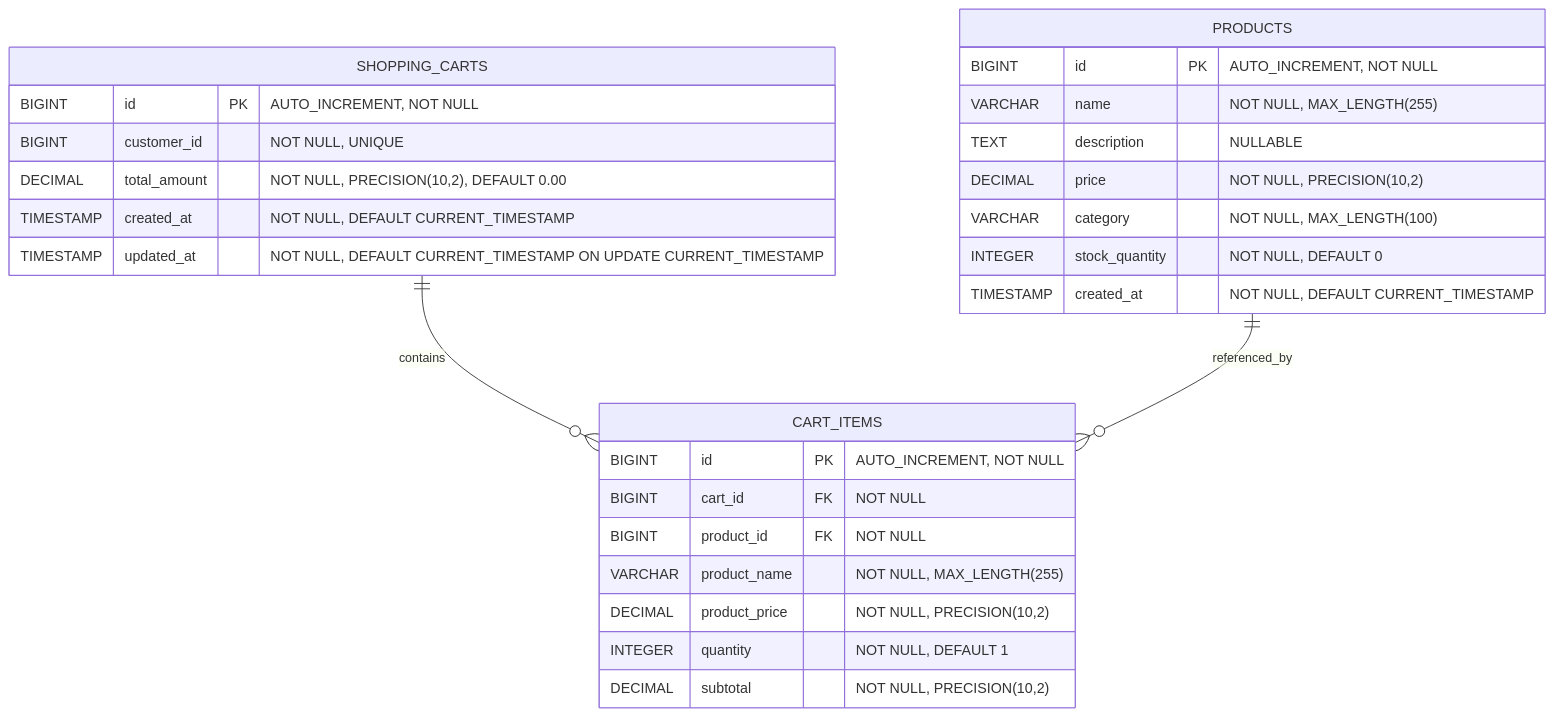
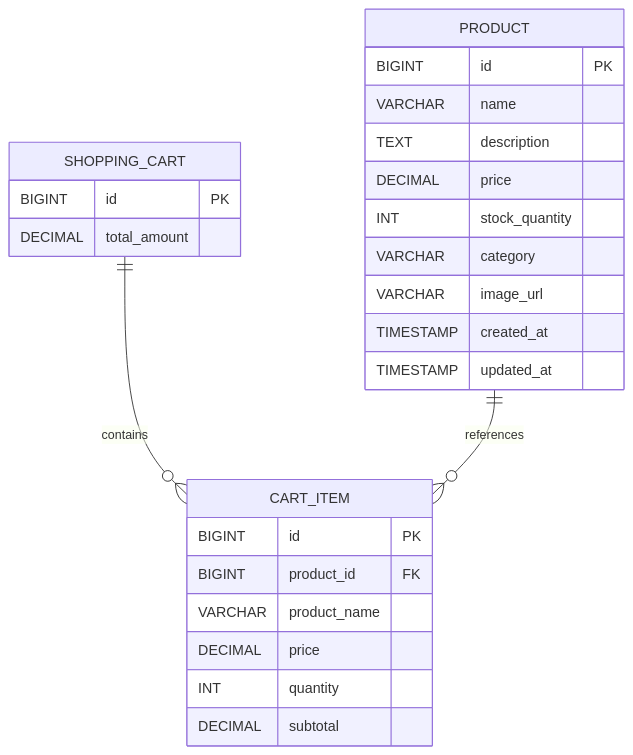
One commit to NavneetBN47/aava-ecom-demo changed the second of 13 diagrams in docs/LLD/lld.md. Above: the diagram before and after it, drawn with Mermaid. The commit also changed other lines of this file, not shown here.

Commit message:
Auto commit: Scripts committed on 2026-02-23-10-14-02

````diff
--- a/docs/LLD/lld.md
+++ b/docs/LLD/lld.md
@@ -175,33 +175,31 @@
 ```mermaid
 erDiagram
-    PRODUCTS {
-        BIGINT id PK "AUTO_INCREMENT, NOT NULL"
-        VARCHAR name "NOT NULL, MAX_LENGTH(255)"
-        TEXT description "NULLABLE"
-        DECIMAL price "NOT NULL, PRECISION(10,2)"
-        VARCHAR category "NOT NULL, MAX_LENGTH(100)"
-        INTEGER stock_quantity "NOT NULL, DEFAULT 0"
-        TIMESTAMP created_at "NOT NULL, DEFAULT CURRENT_TIMESTAMP"
+    PRODUCT {
+        BIGINT id PK
+        VARCHAR name
+        TEXT description
+        DECIMAL price
+        INT stock_quantity
+        VARCHAR category
+        VARCHAR image_url
+        TIMESTAMP created_at
+        TIMESTAMP updated_at
     }
-    
-    SHOPPING_CARTS {
-        BIGINT id PK "AUTO_INCREMENT, NOT NULL"
-        BIGINT customer_id "NOT NULL, UNIQUE"
-        DECIMAL total_amount "NOT NULL, PRECISION(10,2), DEFAULT 0.00"
-        TIMESTAMP created_at "NOT NULL, DEFAULT CURRENT_TIMESTAMP"
-        TIMESTAMP updated_at "NOT NULL, DEFAULT CURRENT_TIMESTAMP ON UPDATE CURRENT_TIMESTAMP"
+
+    CART_ITEM {
+        BIGINT id PK
+        BIGINT product_id FK
+        VARCHAR product_name
+        DECIMAL price
+        INT quantity
+        DECIMAL subtotal
     }
-    
-    CART_ITEMS {
-        BIGINT id PK "AUTO_INCREMENT, NOT NULL"
-        BIGINT cart_id FK "NOT NULL"
-        BIGINT product_id FK "NOT NULL"
-        VARCHAR product_name "NOT NULL, MAX_LENGTH(255)"
-        DECIMAL product_price "NOT NULL, PRECISION(10,2)"
-        INTEGER quantity "NOT NULL, DEFAULT 1"
-        DECIMAL subtotal "NOT NULL, PRECISION(10,2)"
+
+    SHOPPING_CART {
+        BIGINT id PK
+        DECIMAL total_amount
     }
-    
-    SHOPPING_CARTS ||--o{ CART_ITEMS : contains
-    PRODUCTS ||--o{ CART_ITEMS : referenced_by
+
+    SHOPPING_CART ||--o{ CART_ITEM : contains
+    PRODUCT ||--o{ CART_ITEM : references
 ```
````
